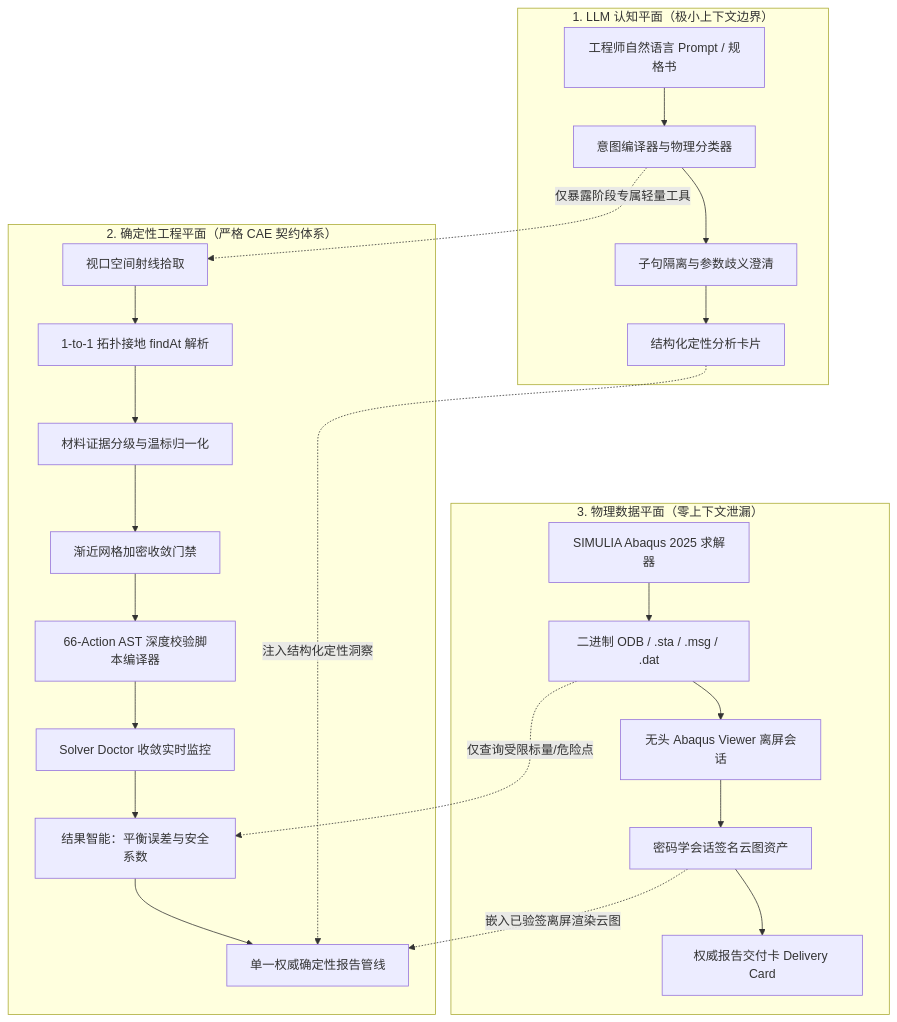
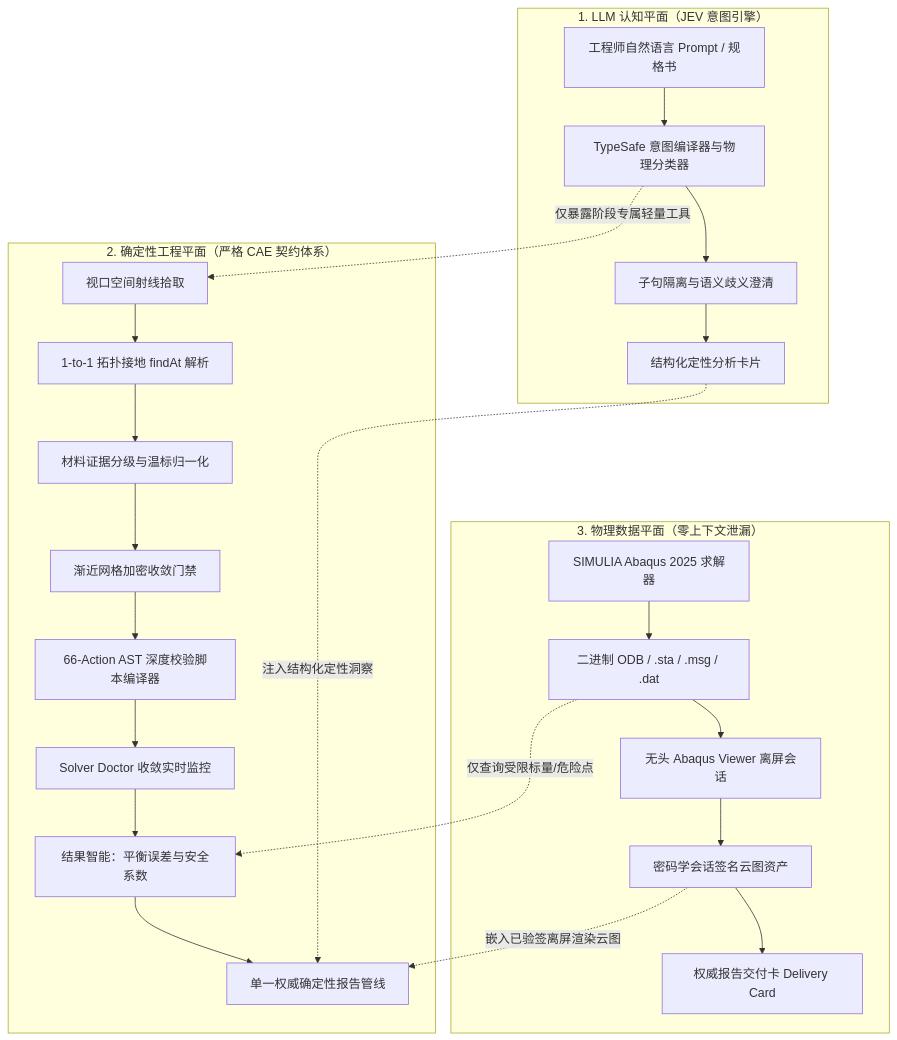
One commit to chenlei-gh/Abaqus-AI-Agent changed the third of 3 diagrams in README_CN.md. Above: the diagram before and after it, drawn with Mermaid. The commit also changed other lines of this file and 1 other file, not shown here.

First line of the commit message:
Elevate JEV cognitive architecture in documentation

````diff
--- a/README_CN.md
+++ b/README_CN.md
@@ -67,30 +116,30 @@
 ```mermaid
 flowchart TD
-    subgraph Cognitive_Plane["1. LLM 认知平面（极小上下文边界）"]
-        A[工程师自然语言 Prompt / 规格书] --> B[意图编译器与物理分类器]
-        B --> C[子句隔离与参数歧义澄清]
+    subgraph Cognitive_Plane["1. LLM 认知平面（JEV 意图引擎）"]
+        A[工程师自然语言 Prompt / 规格书] --> B[TypeSafe 意图编译器与物理分类器]
+        B --> C[子句隔离与语义歧义澄清]
         C --> D[结构化定性分析卡片]
     end
 
     subgraph Engineering_Plane["2. 确定性工程平面（严格 CAE 契约体系）"]
         E[视口空间射线拾取] --> F[1-to-1 拓扑接地 findAt 解析]
         F --> G[材料证据分级与温标归一化]
         G --> H[渐近网格加密收敛门禁]
         H --> I[66-Action AST 深度校验脚本编译器]
         I --> J[Solver Doctor 收敛实时监控]
         J --> K[结果智能：平衡误差与安全系数]
         K --> L[单一权威确定性报告管线]
     end
 
     subgraph Data_Plane["3. 物理数据平面（零上下文泄漏）"]
         M[SIMULIA Abaqus 2025 求解器] --> N[二进制 ODB / .sta / .msg / .dat]
         N --> O[无头 Abaqus Viewer 离屏会话]
         O --> P[密码学会话签名云图资产]
         P --> Q[权威报告交付卡 Delivery Card]
     end
 
     B -.->|仅暴露阶段专属轻量工具| E
     D -.->|注入结构化定性洞察| L
     N -.->|仅查询受限标量/危险点| K
     P -.->|嵌入已验签离屏渲染云图| L
 ```
````
